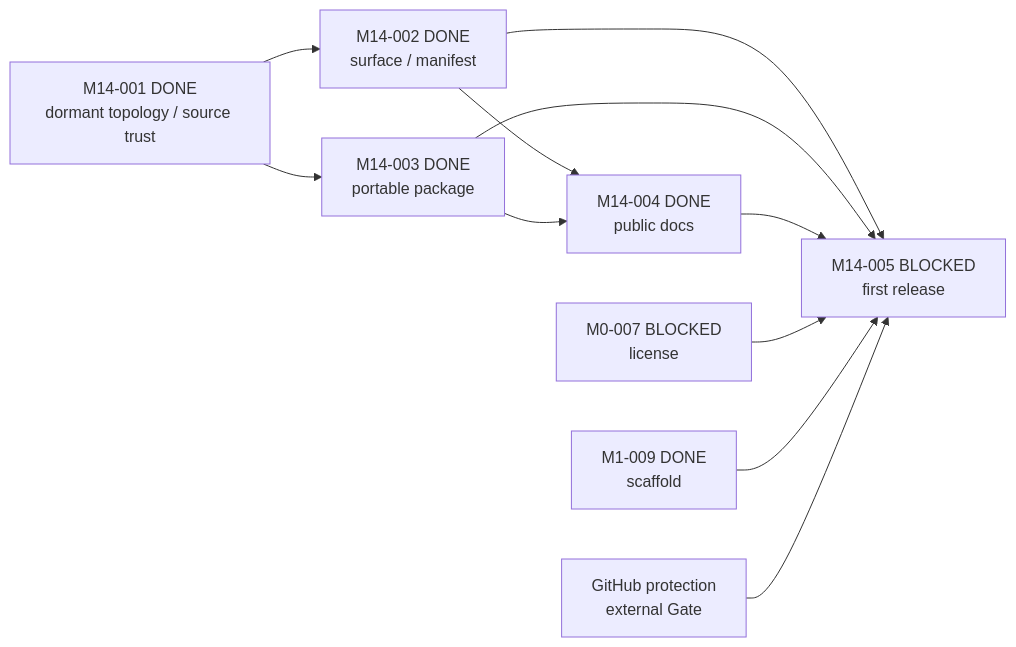
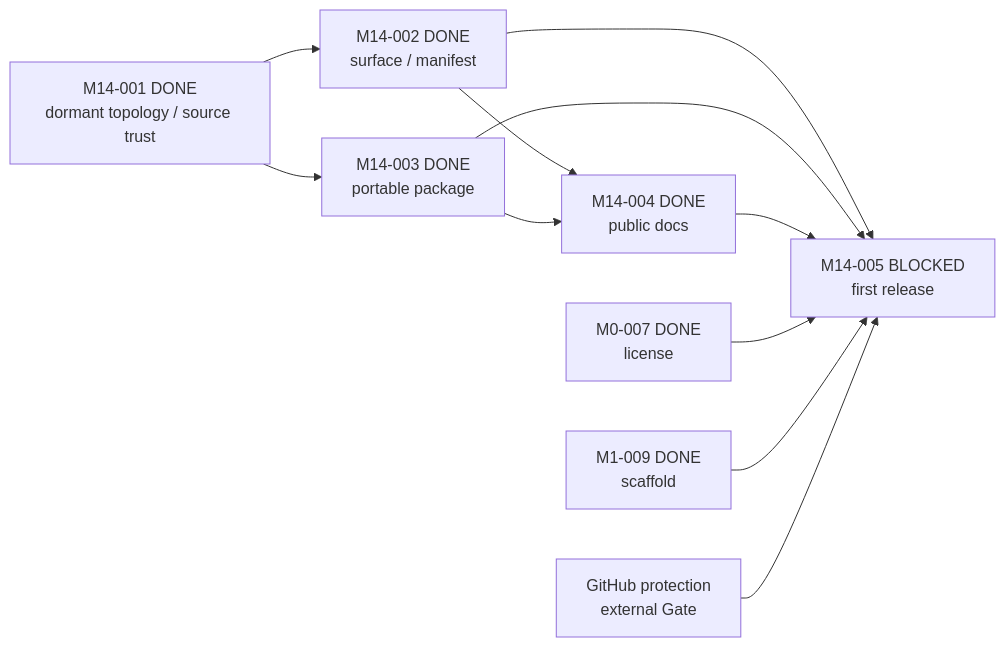
Before and after one commit to Chengyue-Lu/research-agent-workbench: the fifth of 5 diagrams in docs/M_SERIES_IMPLEMENTATION_MAP.md, drawn with Mermaid. The commit also changed 19 other files, not shown here.

````diff
--- a/docs/M_SERIES_IMPLEMENTATION_MAP.md
+++ b/docs/M_SERIES_IMPLEMENTATION_MAP.md
@@ -174,13 +174,13 @@
 ```mermaid
 flowchart LR
     M14001["M14-001 DONE<br/>dormant topology / source trust"] --> M14002["M14-002 DONE<br/>surface / manifest"]
     M14001 --> M14003["M14-003 DONE<br/>portable package"]
     M14002 --> M14004["M14-004 DONE<br/>public docs"]
     M14003 --> M14004
     M14002 --> M14005["M14-005 BLOCKED<br/>first release"]
     M14003 --> M14005
     M14004 --> M14005
-    M0007["M0-007 BLOCKED<br/>license"] --> M14005
+    M0007["M0-007 DONE<br/>license"] --> M14005
     M1009["M1-009 DONE<br/>scaffold"] --> M14005
     Remote["GitHub protection<br/>external Gate"] --> M14005
 ```
````
